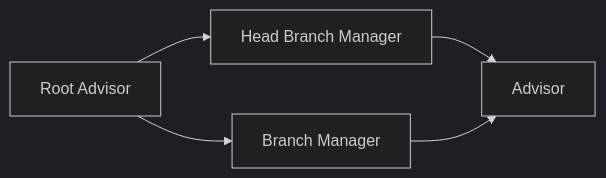
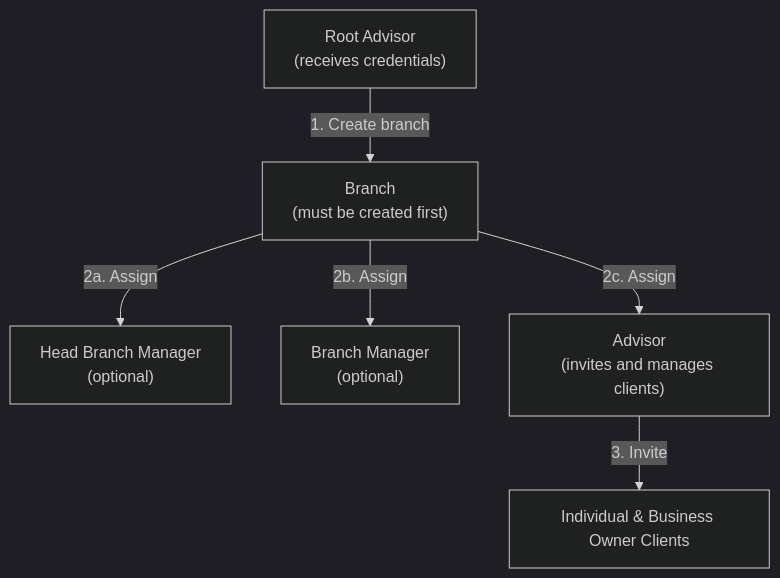
Before and after one commit to skhan-cpu/readme-paid: the first of 3 diagrams in docs/Getting Started/onboarding.md, drawn with Mermaid (dark theme). The commit also changed other lines of this file and 1 other file, not shown here.

````diff
--- a/docs/Getting Started/onboarding.md
+++ b/docs/Getting Started/onboarding.md
@@ -75,7 +35,15 @@
 ```mermaid
-flowchart LR
-    Root["Root Advisor"] --> HBM["Head Branch Manager"]
-    Root --> BM["Branch Manager"]
-    HBM --> Advisor["Advisor"]
-    BM --> Advisor
+flowchart TD
+    Root["Root Advisor\n(receives credentials)"]
+    Branch["Branch\n(must be created first)"]
+    HBM["Head Branch Manager\n(optional)"]
+    BM["Branch Manager\n(optional)"]
+    Advisor["Advisor\n(invites and manages clients)"]
+    Clients["Individual & Business Owner Clients"]
+
+    Root -->|"1. Create branch"| Branch
+    Branch -->|"2a. Assign"| HBM
+    Branch -->|"2b. Assign"| BM
+    Branch -->|"2c. Assign"| Advisor
+    Advisor -->|"3. Invite"| Clients
 ```
````
